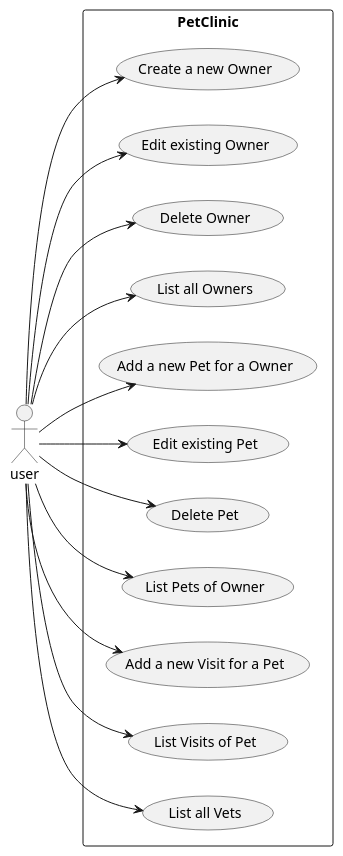
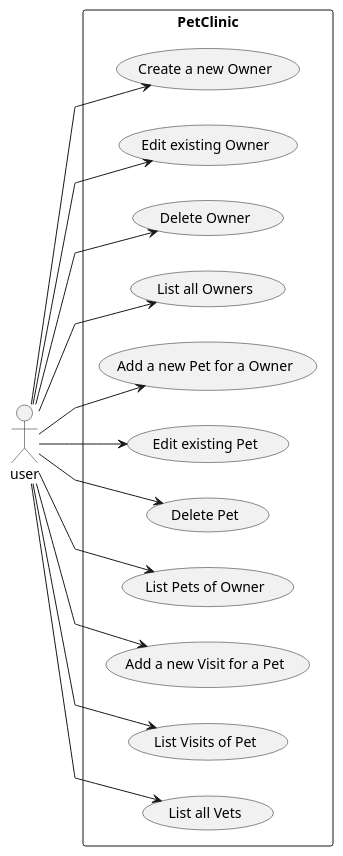
The diagram in docs/UseCase.puml (NunoMarmeleiro/spring-petclinic), drawn with PlantUML before and after one commit. The commit also changed 1 other file, not shown here.

Commit message:
Adapted Domain Model and Use Case Diagram

```diff
--- a/docs/UseCase.puml
+++ b/docs/UseCase.puml
@@ -1,18 +1,20 @@
 @startuml
 left to right direction
 skinparam packageStyle rectangle
+skinparam linetype polyline
+
 actor user
 rectangle PetClinic {
   user --> (Create a new Owner)
   user --> (Edit existing Owner)
   user --> (Delete Owner)
   user --> (List all Owners)
   user --> (Add a new Pet for a Owner)
   user --> (Edit existing Pet)
   user --> (Delete Pet)
   user --> (List Pets of Owner)
   user --> (Add a new Visit for a Pet)
   user --> (List Visits of Pet)
   user --> (List all Vets)
 }
 @enduml
```
